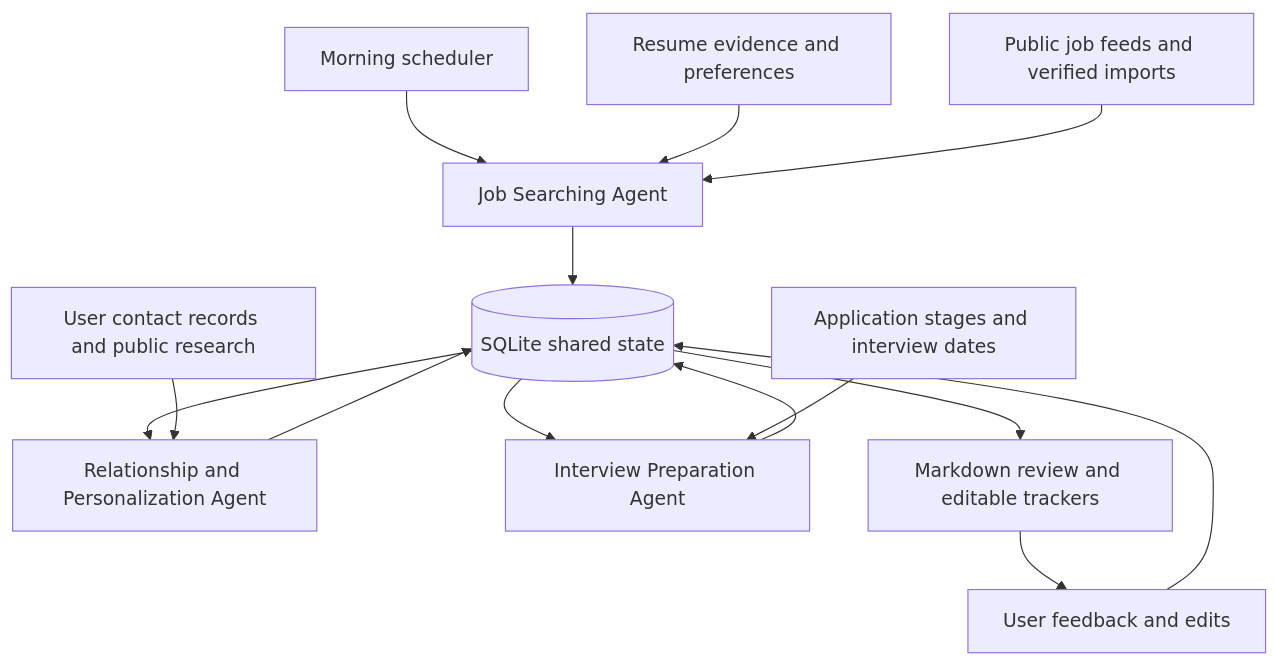
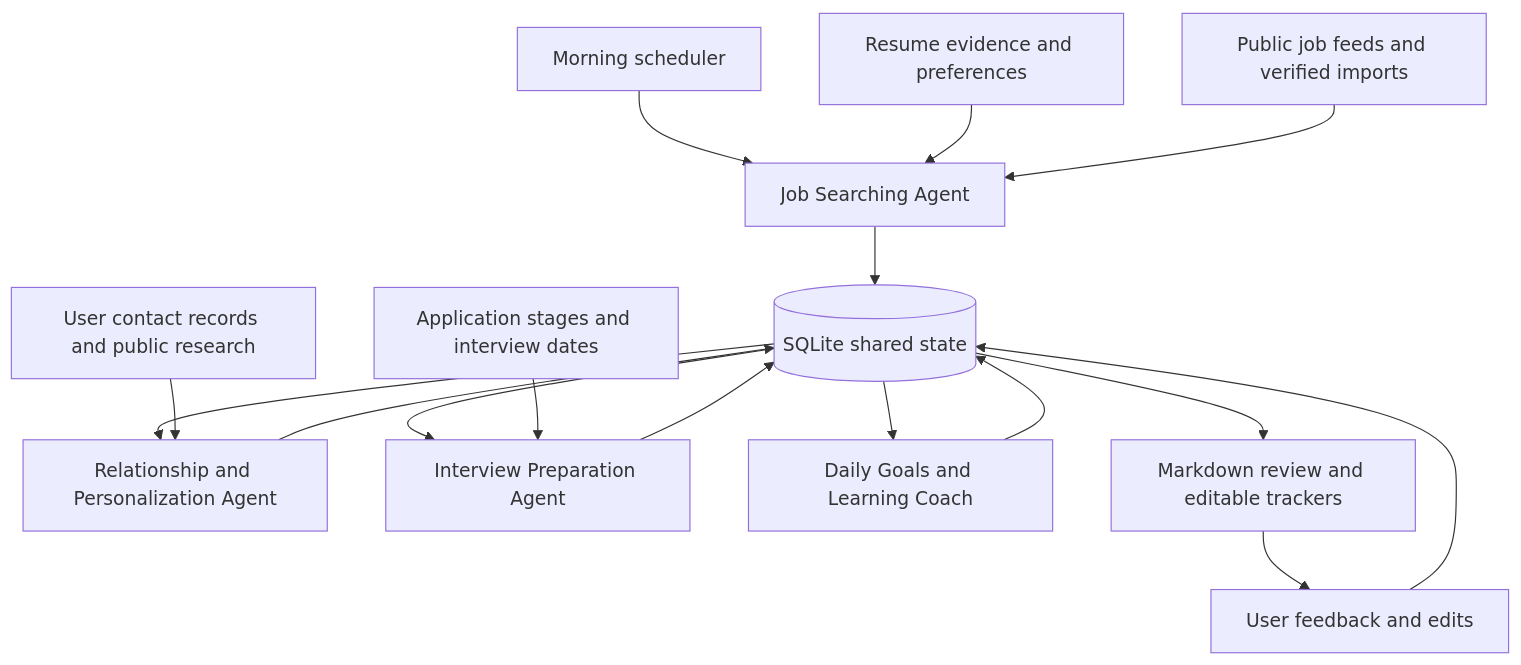
The diagram in ARCHITECTURE.md (yijiem/agentic-job-search), drawn with Mermaid before and after one commit. The commit also changed other lines of this file and 74 other files, not shown here.

````diff
--- a/ARCHITECTURE.md
+++ b/ARCHITECTURE.md
@@ -3,16 +3,18 @@
 ```mermaid
 flowchart TD
   S[Morning scheduler] --> J[Job Searching Agent]
   P[Resume evidence and preferences] --> J
   F[Public job feeds and verified imports] --> J
   J --> DB[(SQLite shared state)]
   DB --> R[Relationship and Personalization Agent]
   C[User contact records and public research] --> R
   R --> DB
   DB --> I[Interview Preparation Agent]
   T[Application stages and interview dates] --> I
   I --> DB
+  DB --> D[Daily Goals and Learning Coach]
+  D --> DB
   DB --> V[Markdown review and editable trackers]
   V --> U[User feedback and edits]
   U --> DB
 ```
````
